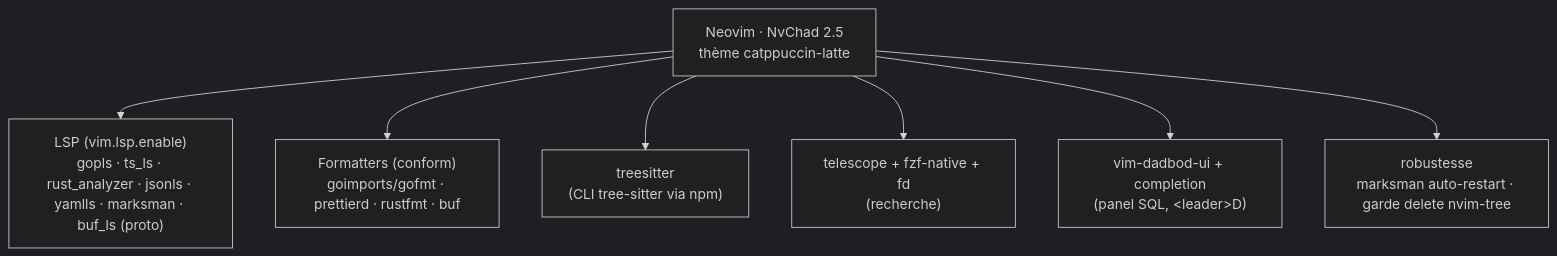
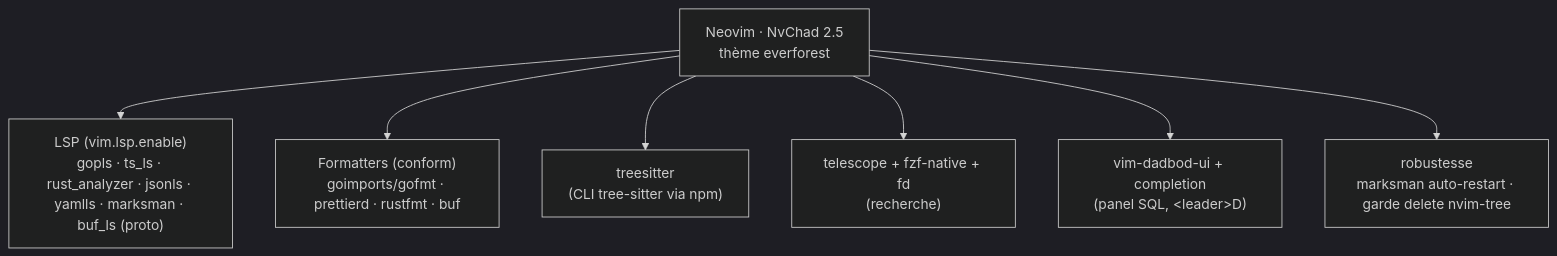
One commit to Skayfa/dotfiles changed the third of 6 diagrams in ARCHITECTURE.md. Above: the diagram before and after it, drawn with Mermaid (dark theme). The commit also changed 9 other files, not shown here.

````diff
--- a/ARCHITECTURE.md
+++ b/ARCHITECTURE.md
@@ -91,10 +91,10 @@
 ```mermaid
 flowchart TD
-    NV["Neovim · NvChad 2.5<br/>thème catppuccin-latte"]
+    NV["Neovim · NvChad 2.5<br/>thème everforest"]
     NV --> LSP["LSP (vim.lsp.enable)<br/>gopls · ts_ls · rust_analyzer · jsonls · yamlls · marksman · buf_ls (proto)"]
     NV --> FMT["Formatters (conform)<br/>goimports/gofmt · prettierd · rustfmt · buf"]
     NV --> TS["treesitter<br/>(CLI tree-sitter via npm)"]
     NV --> TEL["telescope + fzf-native + fd<br/>(recherche)"]
     NV --> DBUI["vim-dadbod-ui + completion<br/>(panel SQL, &lt;leader&gt;D)"]
     NV --> FIX["robustesse<br/>marksman auto-restart · garde delete nvim-tree"]
 ```
````
